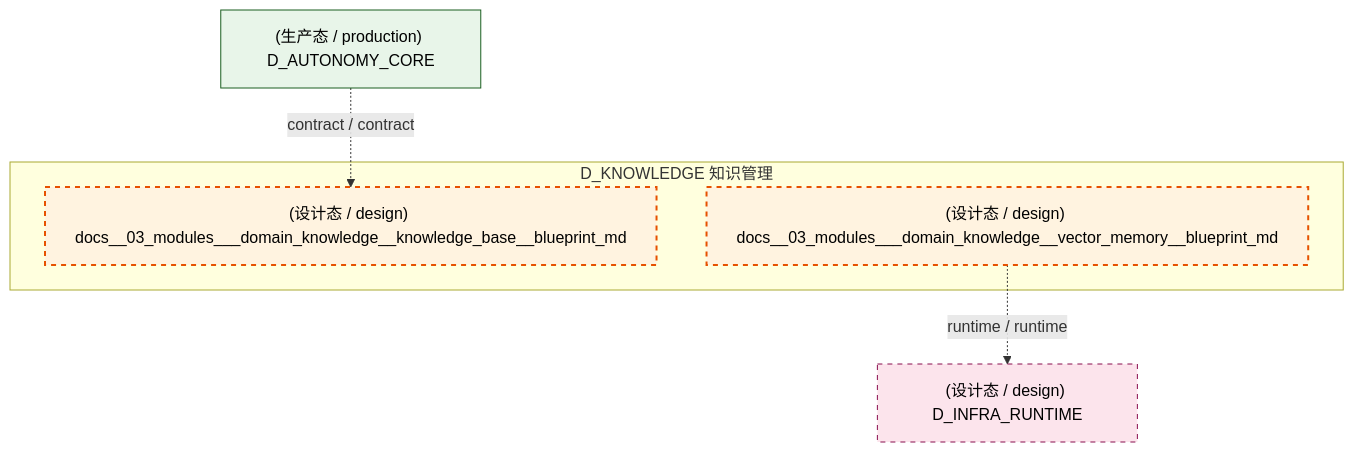
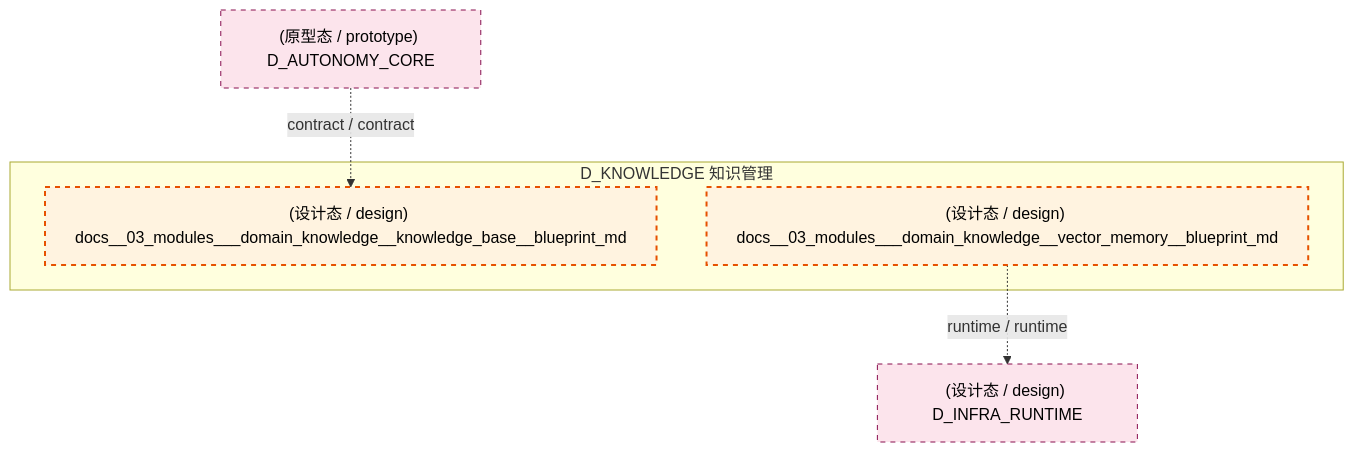
Before and after one commit to xuanFelixVan/ZephyrAlpha: the third of 5 diagrams in docs/02_enterprise_architecture/02_domain_architecture_docs/46_d_knowledge.md, drawn with Mermaid. The commit also changed other lines of this file and 112 other files, not shown here.

````diff
--- a/docs/02_enterprise_architecture/02_domain_architecture_docs/46_d_knowledge.md
+++ b/docs/02_enterprise_architecture/02_domain_architecture_docs/46_d_knowledge.md
@@ -234,18 +234,17 @@
 ```mermaid
 graph TD
     subgraph D_KNOWLEDGE["D_KNOWLEDGE 知识管理"]
         docs_03_modules_domain_knowledge_knowledge_base_blueprint_md["(设计态 / design) docs__03_modules___domain_knowledge__knowledge_base__blueprint_md"]
         docs_03_modules_domain_knowledge_vector_memory_blueprint_md["(设计态 / design) docs__03_modules___domain_knowledge__vector_memory__blueprint_md"]
     end
     D_INFRA_RUNTIME["(设计态 / design) D_INFRA_RUNTIME"]
     docs_03_modules_domain_knowledge_vector_memory_blueprint_md -.->|runtime / runtime| D_INFRA_RUNTIME
-    D_AUTONOMY_CORE["(生产态 / production) D_AUTONOMY_CORE"]
+    D_AUTONOMY_CORE["(原型态 / prototype) D_AUTONOMY_CORE"]
     D_AUTONOMY_CORE -.->|contract / contract| docs_03_modules_domain_knowledge_knowledge_base_blueprint_md
     classDef production fill:#e1f5fe,stroke:#01579b,stroke-width:2px,color:#000
     classDef design fill:#fff3e0,stroke:#e65100,stroke-width:2px,color:#000,stroke-dasharray: 5 5
     classDef external_prod fill:#e8f5e9,stroke:#1b5e20,stroke-width:1px,color:#000
     classDef external_design fill:#fce4ec,stroke:#880e4f,stroke-width:1px,color:#000,stroke-dasharray: 5 5
     class docs_03_modules_domain_knowledge_knowledge_base_blueprint_md,docs_03_modules_domain_knowledge_vector_memory_blueprint_md design
-    class D_AUTONOMY_CORE external_prod
-    class D_INFRA_RUNTIME external_design
+    class D_INFRA_RUNTIME,D_AUTONOMY_CORE external_design
 ```
````
